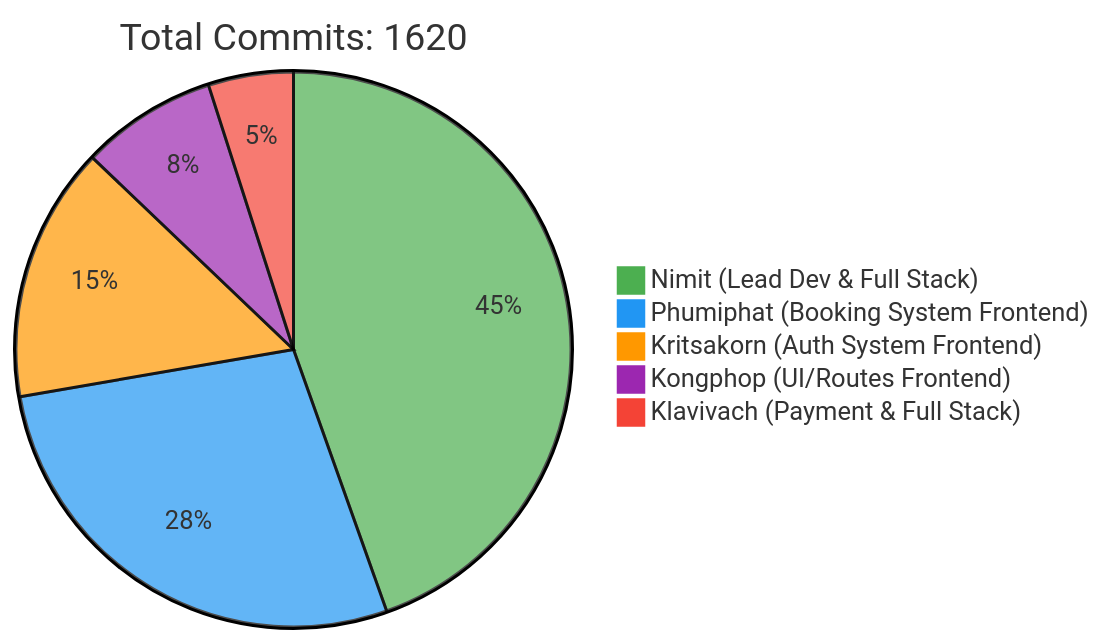
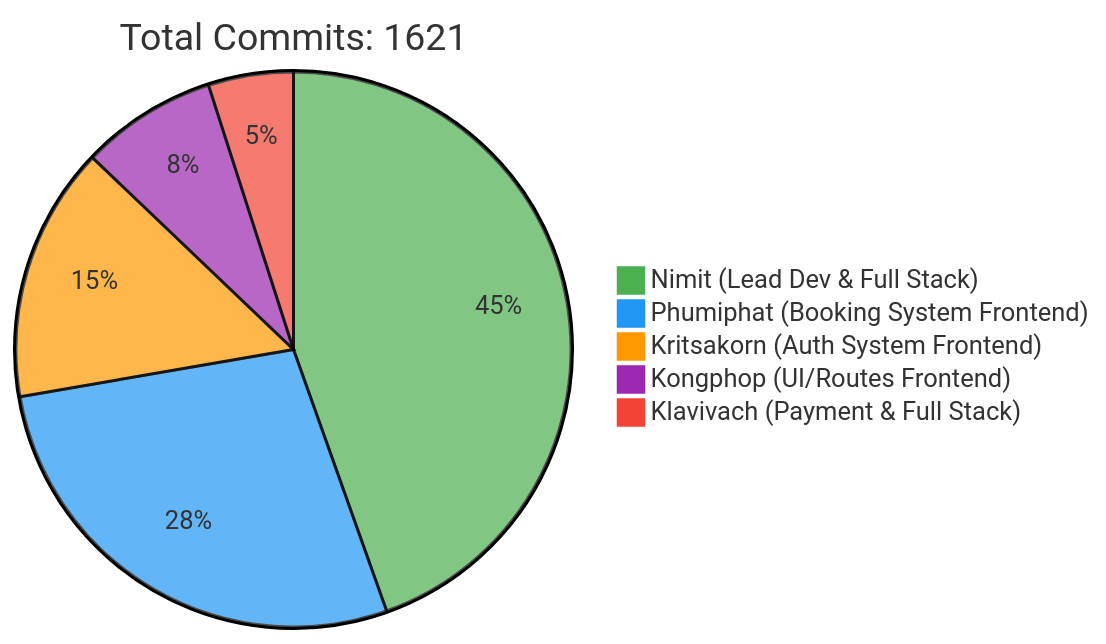
The first of 2 diagrams in README.md (6531503042/Sport-Complex), drawn with Mermaid before and after one commit. The commit also changed other lines of this file, not shown here.

Commit message:
docs: Update contributor statistics [skip ci]

````diff
--- a/README.md
+++ b/README.md
@@ -257,10 +257,10 @@
 ```mermaid
 %%{init: {'theme': 'base', 'themeVariables': { 'pie1': '#4CAF50', 'pie2': '#2196F3', 'pie3': '#FF9800', 'pie4': '#9C27B0', 'pie5': '#F44336'}}}%%
 pie
-    title Total Commits: 1620
+    title Total Commits: 1621
     "Nimit (Lead Dev & Full Stack)" : 450
     "Phumiphat (Booking System Frontend)" : 280
     "Kritsakorn (Auth System Frontend)" : 150
     "Kongphop (UI/Routes Frontend)" : 80
     "Klavivach (Payment & Full Stack)" : 50
 ```
````
